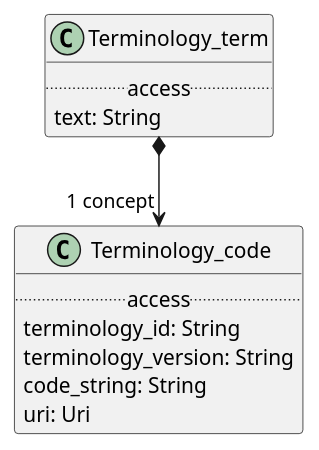
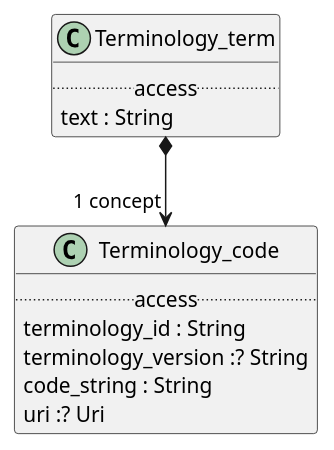
One commit to wolandscat/openehr-doc changed the diagram in modules/ROOT/examples/bmm/representation/builtin_types/terminology/terminology-package-uml.adoc. Above: the diagram before and after it, drawn with PlantUML. The commit also changed 1814 other files, not shown here.

```diff
--- a/modules/ROOT/examples/bmm/representation/builtin_types/terminology/terminology-package-uml.adoc
+++ b/modules/ROOT/examples/bmm/representation/builtin_types/terminology/terminology-package-uml.adoc
@@ -3,24 +3,22 @@
 [plantuml,opts=interactive,link=self]
 ....
 skinparam groupInheritance 2
 skinparam citedClassColor #FDFDFD
 
 
 class Terminology_code [[/openehr-doc/latest/representation/builtin_types-gen.html#_class_terminology_code]] {
         .. access ..
-        terminology_id: String
-        terminology_version: String
-        code_string: String
-        uri: Uri
+        terminology_id : String
+        terminology_version :? String
+        code_string : String
+        uri :? Uri
 }
-
 
 class Terminology_term [[/openehr-doc/latest/representation/builtin_types-gen.html#_class_terminology_term]] {
         .. access ..
-        text: String
+        text : String
 }
-
 
 Terminology_term *--> "1 concept" Terminology_code
 
 ....
```
